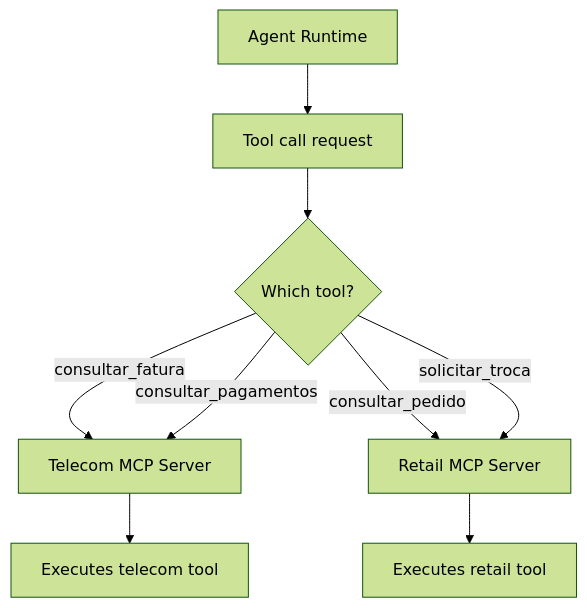
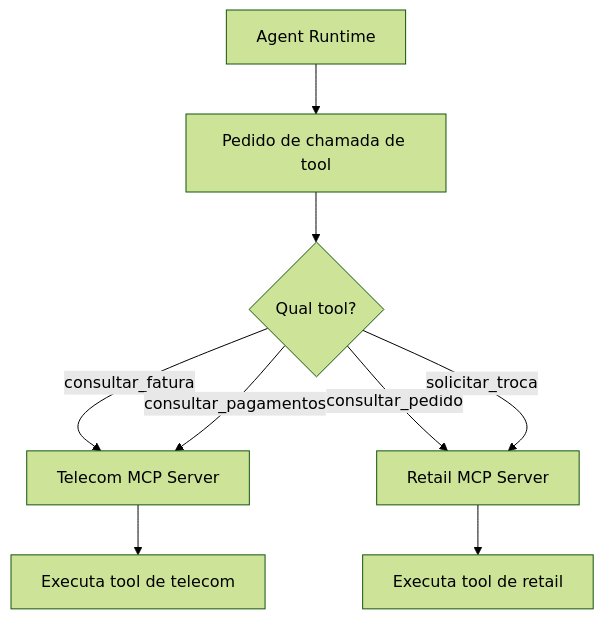
Before and after one commit to hoshikawa2/agent_framework_oci_2: the sixth of 8 diagrams in README.md, drawn with Mermaid (forest theme). The commit also changed other lines of this file, not shown here.

Commit message:
examples of graph flow

````diff
--- a/README.md
+++ b/README.md
@@ -3876,15 +4199,15 @@
 ```mermaid
 flowchart TD
 
-    A[Agent Runtime] --> B[Tool call request]
+    A[Agent Runtime] --> B[Pedido de chamada de tool]
 
-    B --> C{Which tool?}
+    B --> C{Qual tool?}
 
     C -->|consultar_fatura| D[Telecom MCP Server]
     C -->|consultar_pagamentos| D
     C -->|consultar_pedido| E[Retail MCP Server]
     C -->|solicitar_troca| E
 
-    D --> F[Executes telecom tool]
-    E --> G[Executes retail tool]
+    D --> F[Executa tool de telecom]
+    E --> G[Executa tool de retail]
 ```
````
